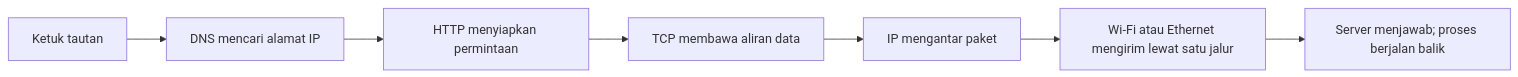
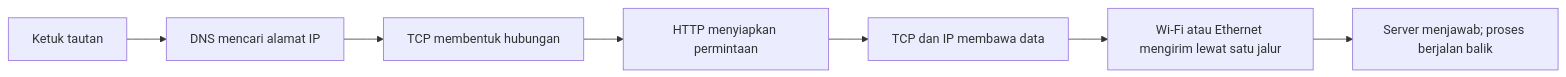
Before and after one commit to CahyoAditya/komdat-study: the first of 5 diagrams in bab-02-aplikasi-dan-arsitektur-berlapis.md, drawn with Mermaid. The commit also changed other lines of this file and 2 other files, not shown here.

````diff
--- a/bab-02-aplikasi-dan-arsitektur-berlapis.md
+++ b/bab-02-aplikasi-dan-arsitektur-berlapis.md
@@ -17,9 +33,9 @@
 ```mermaid
 flowchart LR
   A[Ketuk tautan] --> B[DNS mencari alamat IP]
-  B --> C[HTTP menyiapkan permintaan]
-  C --> D[TCP membawa aliran data]
-  D --> E[IP mengantar paket]
+  B --> C[TCP membentuk hubungan]
+  C --> D[HTTP menyiapkan permintaan]
+  D --> E[TCP dan IP membawa data]
   E --> F[Wi-Fi atau Ethernet mengirim lewat satu jalur]
   F --> G[Server menjawab; proses berjalan balik]
 ```
````
